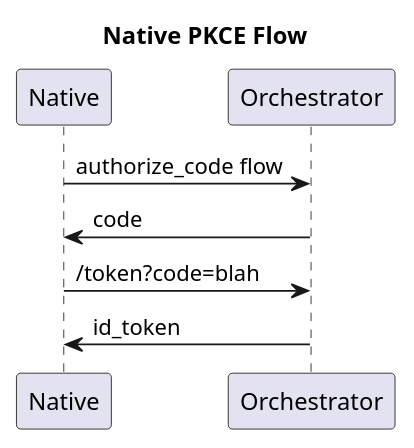
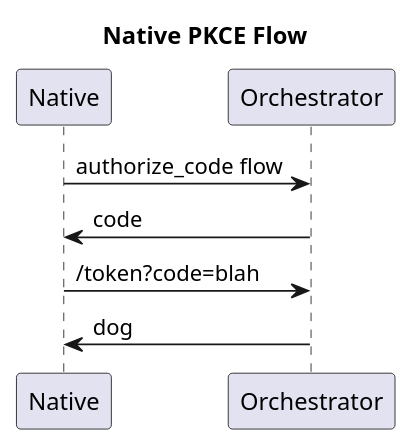
The diagram in docs/PKCE-Flow.puml (P7CoreOrg/OpenIdConnect.MiddleMan.Flows), drawn with PlantUML before and after one commit.

```diff
--- a/docs/PKCE-Flow.puml
+++ b/docs/PKCE-Flow.puml
@@ -1,10 +1,10 @@
 @startuml
 
 title Native PKCE Flow
 
 Native -> Orchestrator: authorize_code flow
 Native <- Orchestrator: code
 Native -> Orchestrator: /token?code=blah
-Native <- Orchestrator: id_token
+Native <- Orchestrator: dog
 
 @enduml
```
